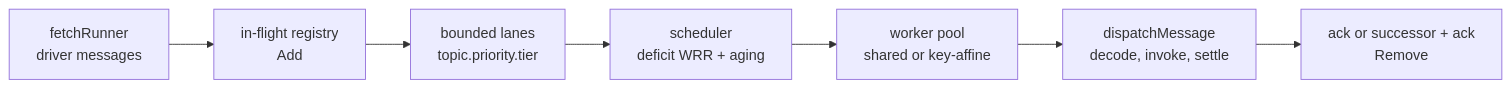
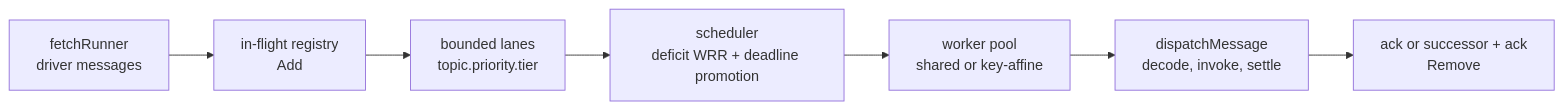
One commit to bktrung/edm_sdk changed the diagram in docs/deep-dives/scheduler-and-worker.md. Above: the diagram before and after it, drawn with Mermaid. The commit also changed other lines of this file and 43 other files, not shown here.

````diff
--- a/docs/deep-dives/scheduler-and-worker.md
+++ b/docs/deep-dives/scheduler-and-worker.md
@@ -31,9 +31,9 @@
 ```mermaid
 flowchart LR
   Fetch["fetchRunner<br/>driver messages"] --> Reg["in-flight registry<br/>Add"]
   Reg --> Lanes["bounded lanes<br/>topic.priority.tier"]
-  Lanes --> Sched["scheduler<br/>deficit WRR + aging"]
+  Lanes --> Sched["scheduler<br/>deficit WRR + deadline promotion"]
   Sched --> Pool["worker pool<br/>shared or key-affine"]
   Pool --> Disp["dispatchMessage<br/>decode, invoke, settle"]
   Disp --> Settle["ack or successor + ack<br/>Remove"]
 ```
````
